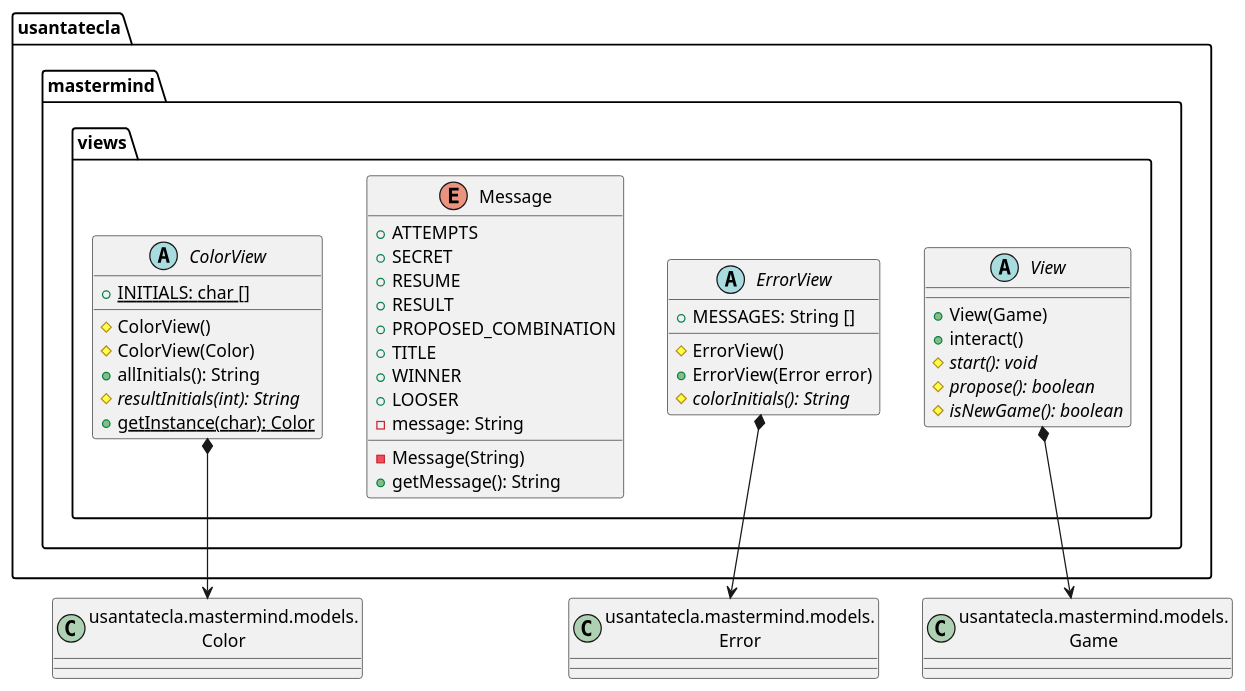
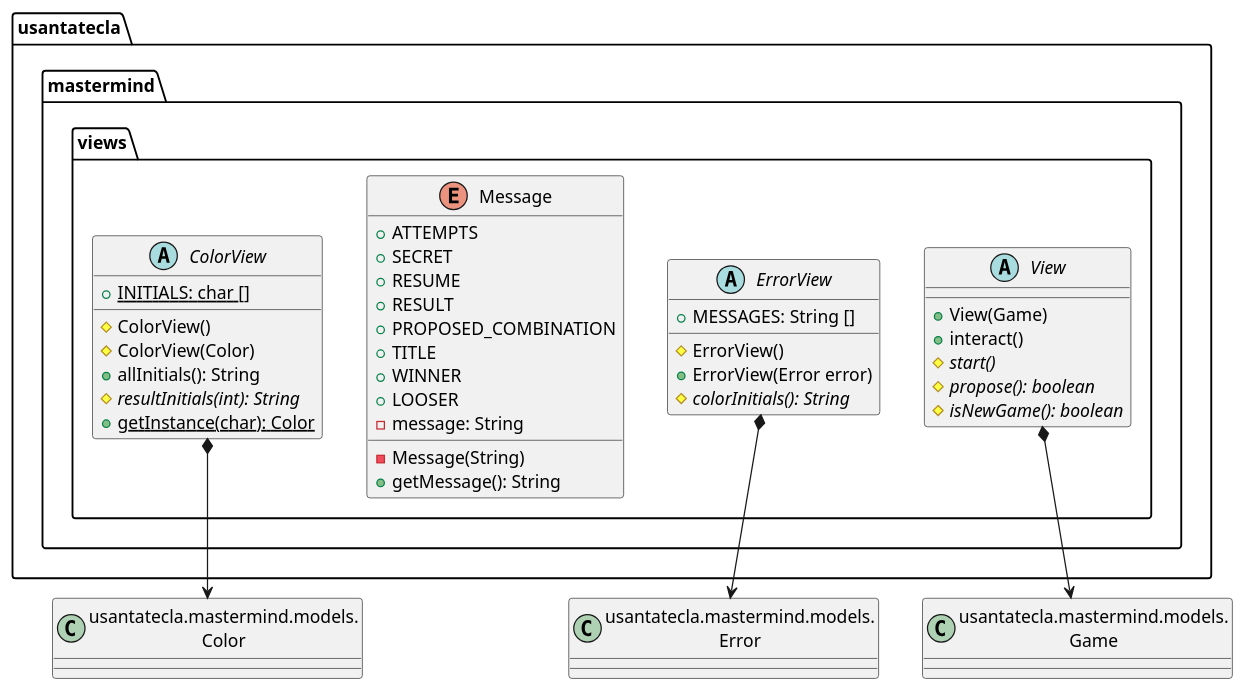
One commit to SantaTecla-mastermind/solution.java.swing.socket.sql changed the second of 6 diagrams in documentView/withFactoryMethod/docs/diagrams/src/paquetes.plantuml. Above: the diagram before and after it, drawn with PlantUML. The commit also changed 20 other files, not shown here.

Commit message:
Fix some tests and diagrams

```diff
--- a/documentView/withFactoryMethod/docs/diagrams/src/paquetes.plantuml
+++ b/documentView/withFactoryMethod/docs/diagrams/src/paquetes.plantuml
@@ -31,46 +31,46 @@
 @startuml usantatecla.mastermind.views
 class Error as "usantatecla.mastermind.models.\nError"{}
 class Color as "usantatecla.mastermind.models.\nColor"{}
 class Game as "usantatecla.mastermind.models.\nGame"{}
 
 abstract class usantatecla.mastermind.views.ColorView{
     + {static} INITIALS: char []
     # ColorView()
     # ColorView(Color)
     + allInitials(): String
     # {abstract} resultInitials(int): String
     + {static} getInstance(char): Color
 }
 usantatecla.mastermind.views.ColorView *-down-> Color
 
 abstract class usantatecla.mastermind.views.ErrorView{
     + MESSAGES: String []
     # ErrorView()
     + ErrorView(Error error)
     # {abstract} colorInitials(): String
 }
 usantatecla.mastermind.views.ErrorView *-down-> Error
 
 enum usantatecla.mastermind.views.Message{
     + ATTEMPTS
     + SECRET
     + RESUME
     + RESULT
     + PROPOSED_COMBINATION
     + TITLE
     + WINNER
     + LOOSER
     - message: String
     - Message(String)
     + getMessage(): String
 }
 
 abstract class usantatecla.mastermind.views.View {
     + View(Game)
     + interact()
-    # {abstract} start(): void
+    # {abstract} start()
     # {abstract} propose(): boolean
     # {abstract} isNewGame(): boolean
 }
 usantatecla.mastermind.views.View *-down-> Game
 @enduml
```
